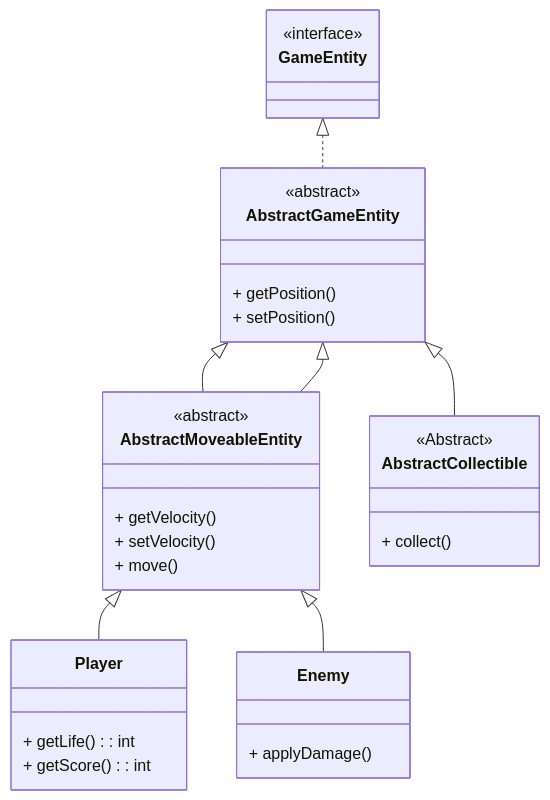
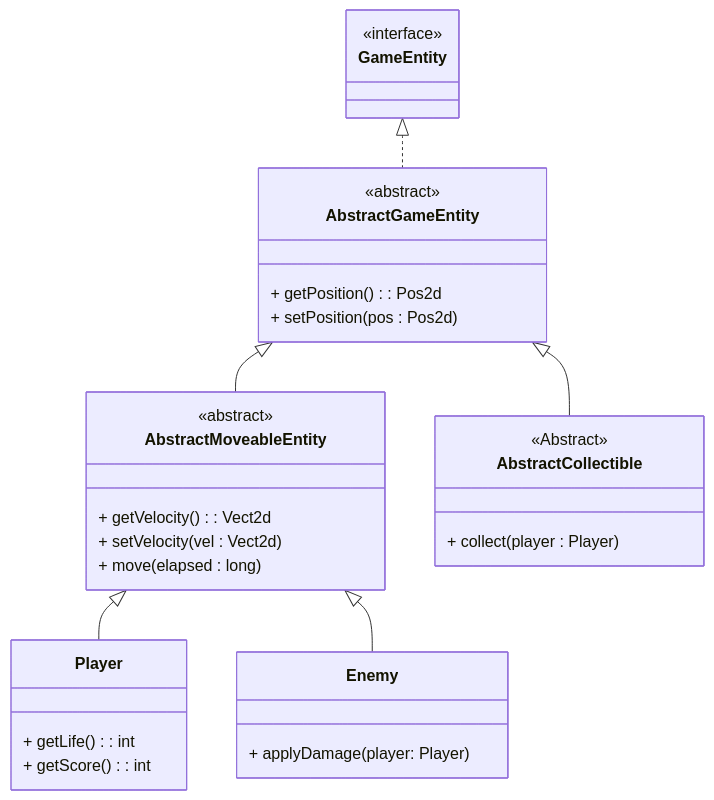
One commit to unibo-oop-projects/OOP23-FilippoMassariFilippoMassari6studio-MatteoBagnolini-FilippoMassari-SaadElMaliki-Matteo-SUPSON changed the first of 4 diagrams in report.md. Above: the diagram before and after it, drawn with Mermaid. The commit also changed other lines of this file, not shown here.

````diff
--- a/report.md
+++ b/report.md
@@ -33,40 +33,39 @@
 ```mermaid
 classDiagram
     class AbstractGameEntity {
         <<abstract>>
-        + getPosition()
-        + setPosition()
+        + getPosition() : Pos2d
+        + setPosition(pos : Pos2d)
     }
     
     class AbstractMoveableEntity {
         <<abstract>>
-        + getVelocity()
-        + setVelocity()
-        + move()
+        + getVelocity() : Vect2d
+        + setVelocity(vel : Vect2d)
+        + move(elapsed : long)
     }
 
     class Player {
         + getLife() : int
         + getScore() : int
     }
 
     class GameEntity {
         <<interface>>
     }
 
     class AbstractCollectible {
         <<Abstract>>
-        + collect()
+        + collect(player : Player)
     }
 
     class Enemy {
-        + applyDamage()
+        + applyDamage(player: Player)
     }
 
     GameEntity <|.. AbstractGameEntity
     AbstractGameEntity <|-- AbstractMoveableEntity
     AbstractGameEntity <|-- AbstractCollectible
-    AbstractGameEntity <|-- AbstractMoveableEntity
     AbstractMoveableEntity <|-- Player
     AbstractMoveableEntity <|-- Enemy
 ```
````
